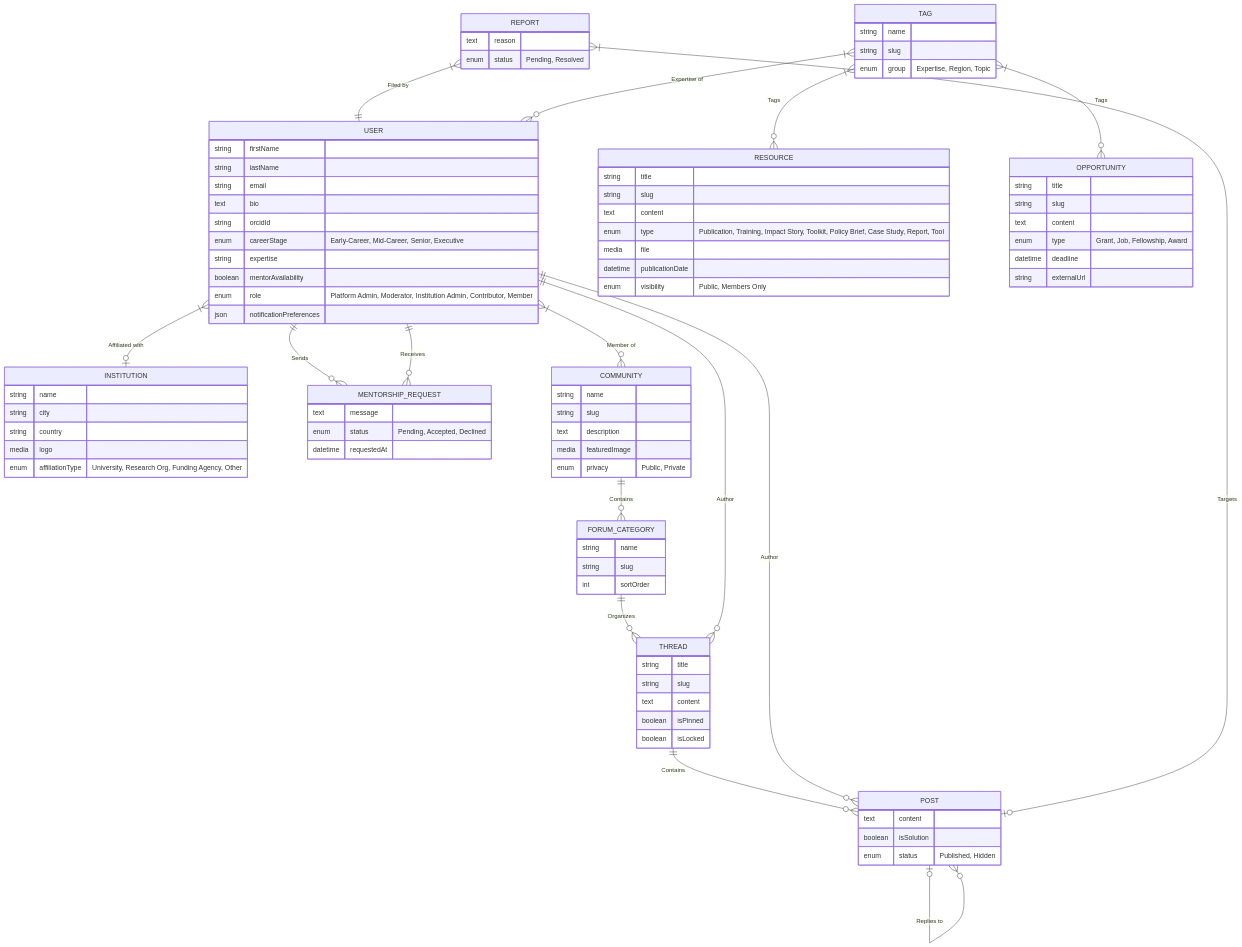
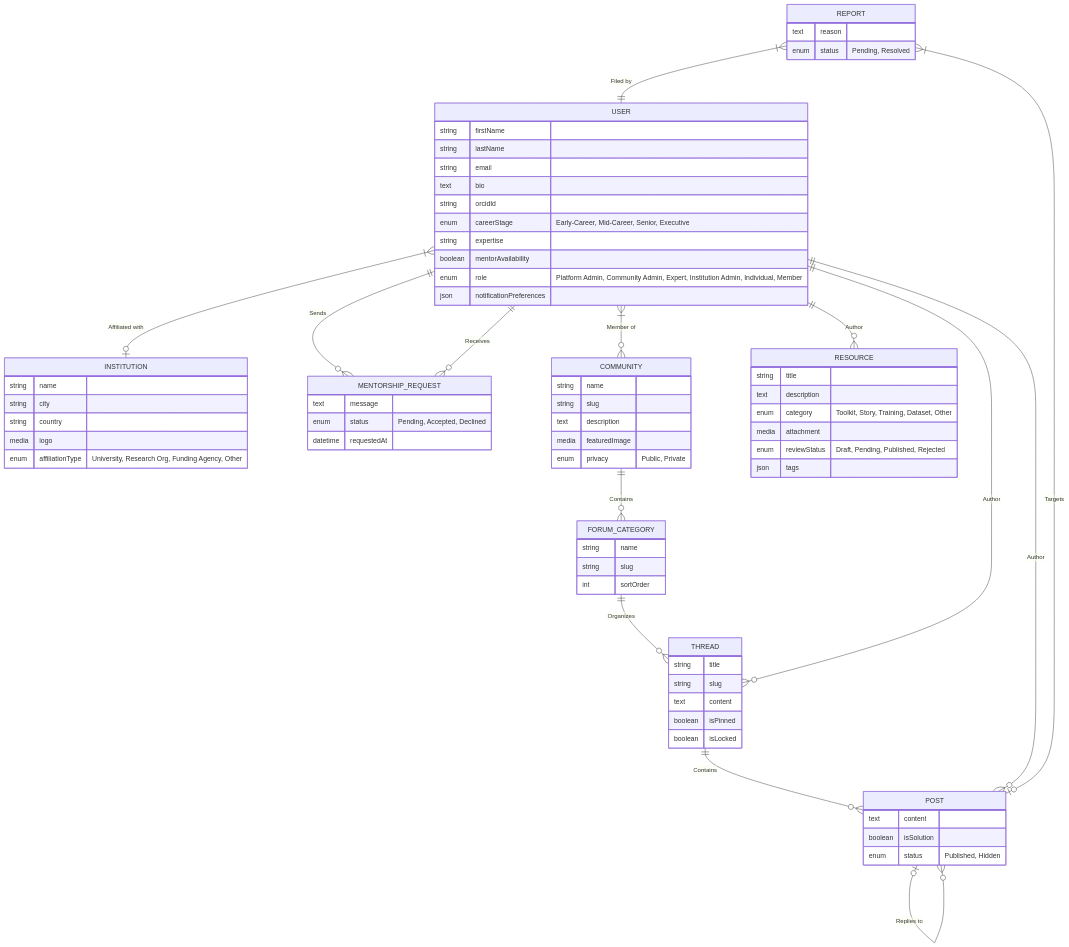
Before and after one commit to akvo/science-for-africa: the first of 2 diagrams in docs/science-of-africa-lld.md, drawn with Mermaid. The commit also changed other lines of this file, not shown here.

Commit message:
[#2] docs: final triple-check alignment of LLD with Strapi schemas

````diff
--- a/docs/science-of-africa-lld.md
+++ b/docs/science-of-africa-lld.md
@@ -65,7 +65,7 @@
         enum careerStage "Early-Career, Mid-Career, Senior, Executive"
         string expertise
         boolean mentorAvailability
-        enum role "Platform Admin, Moderator, Institution Admin, Contributor, Member"
+        enum role "Platform Admin, Community Admin, Expert, Institution Admin, Individual, Member"
         json notificationPreferences
     }
 
@@ -120,28 +120,11 @@
     %% Knowledge Base & Resources
     RESOURCE {
         string title
-        string slug
-        text content
-        enum type "Publication, Training, Impact Story, Toolkit, Policy Brief, Case Study, Report, Tool"
-        media file
-        datetime publicationDate
-        enum visibility "Public, Members Only"
-    }
-
-    OPPORTUNITY {
-        string title
-        string slug
-        text content
-        enum type "Grant, Job, Fellowship, Award"
-        datetime deadline
-        string externalUrl
-    }
-
-    %% Taxonomy
-    TAG {
-        string name
-        string slug
-        enum group "Expertise, Region, Topic"
+        text description
+        enum category "Toolkit, Story, Training, Dataset, Other"
+        media attachment
+        enum reviewStatus "Draft, Pending, Published, Rejected"
+        json tags
     }
 
     %% Relationships
@@ -157,11 +140,8 @@
 
     USER ||--o{ THREAD : "Author"
     USER ||--o{ POST : "Author"
+    USER ||--o{ RESOURCE : "Author"
 
     REPORT }|--|| USER : "Filed by"
     REPORT }|--o| POST : "Targets"
-
-    TAG }|--o{ RESOURCE : "Tags"
-    TAG }|--o{ OPPORTUNITY : "Tags"
-    TAG }|--o{ USER : "Expertise of"
 ```
````
